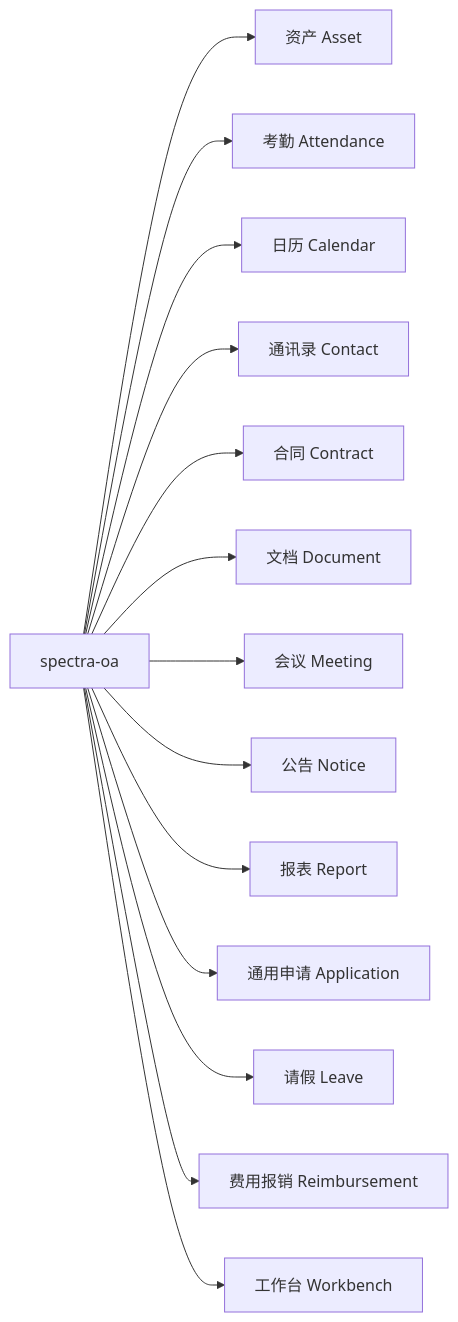
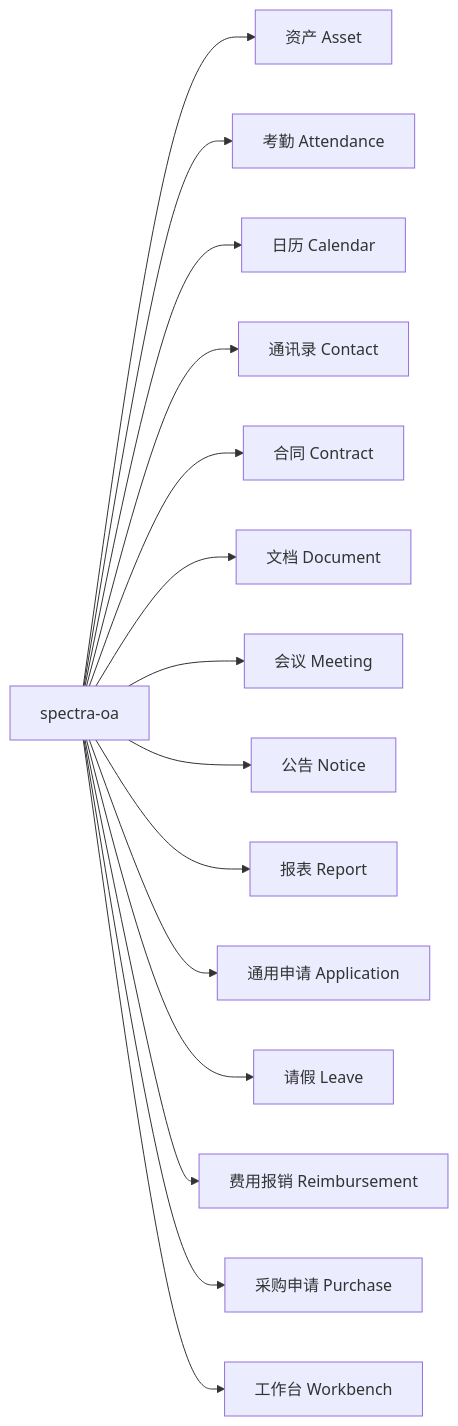
Before and after one commit to yangxj96/spectra-docs: the diagram in docs/10-后端/40-OA模块.md, drawn with Mermaid. The commit also changed other lines of this file and 14 other files, not shown here.

````diff
--- a/docs/10-后端/40-OA模块.md
+++ b/docs/10-后端/40-OA模块.md
@@ -13,17 +13,18 @@
 ```mermaid
 graph LR
     OA["spectra-oa"]
     OA --> Asset["资产 Asset"]
     OA --> Attendance["考勤 Attendance"]
     OA --> Calendar["日历 Calendar"]
     OA --> Contact["通讯录 Contact"]
     OA --> Contract["合同 Contract"]
     OA --> Document["文档 Document"]
     OA --> Meeting["会议 Meeting"]
     OA --> Notice["公告 Notice"]
     OA --> Report["报表 Report"]
     OA --> Application["通用申请 Application"]
     OA --> Leave["请假 Leave"]
     OA --> Reimbursement["费用报销 Reimbursement"]
+    OA --> Purchase["采购申请 Purchase"]
     OA --> Workbench["工作台 Workbench"]
 ```
````
